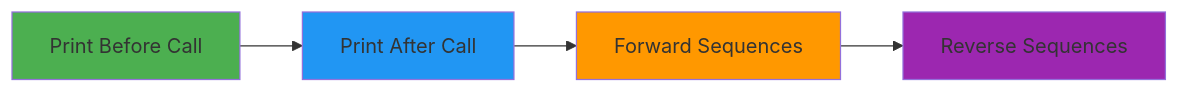
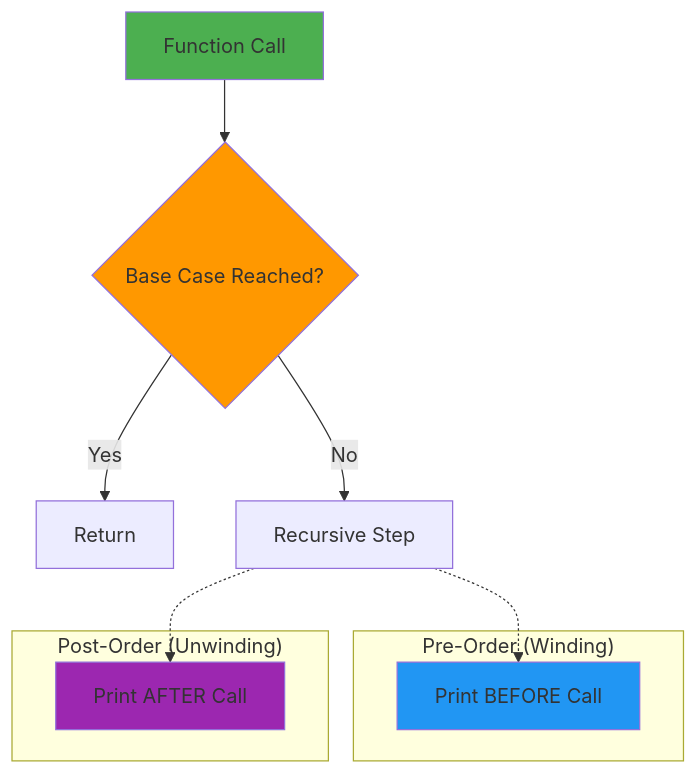
The diagram in chalenge_recrtions/Linear_Drills/README.md (Itachi-Logic/c-challenges-solved), drawn with Mermaid before and after one commit. The commit also changed other lines of this file, not shown here.

`````diff
--- a/chalenge_recrtions/Linear_Drills/README.md
+++ b/chalenge_recrtions/Linear_Drills/README.md
@@ -29,10 +28,21 @@
 ```mermaid
-graph LR
-    A[Print Before Call] --> B[Print After Call]
-    B --> C[Forward Sequences]
-    C --> D[Reverse Sequences]
+graph TD
+    A[Function Call] --> B{Base Case Reached?}
+    B -- Yes --> C[Return]
+    B -- No --> D[Recursive Step]
+    
+    subgraph "Pre-Order (Winding)"
+    E[Print BEFORE Call]
+    end
+    
+    subgraph "Post-Order (Unwinding)"
+    F[Print AFTER Call]
+    end
+    
+    D -.-> E
+    D -.-> F
     style A fill:#4CAF50
-    style B fill:#2196F3
-    style C fill:#FF9800
-    style D fill:#9C27B0
-```
+    style B fill:#FF9800
+    style E fill:#2196F3
+    style F fill:#9C27B0
+````
`````
